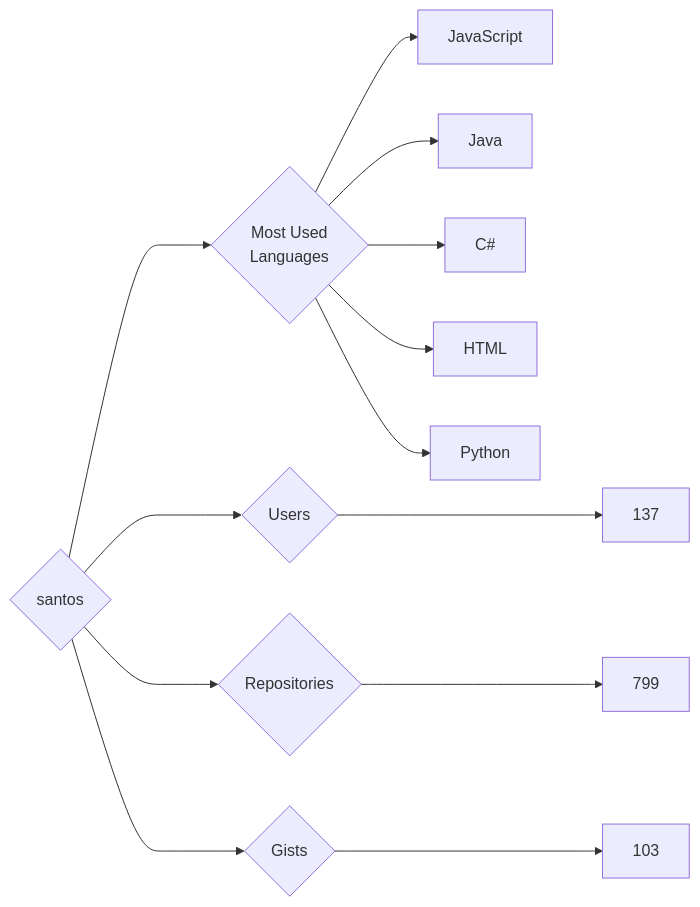
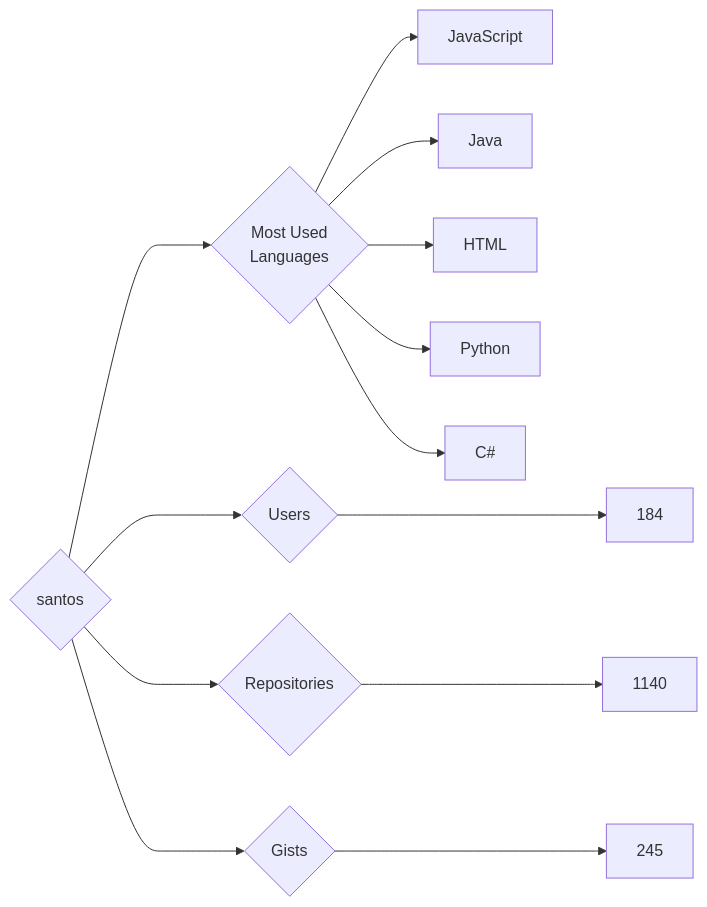
One commit to trickest/insiders changed the diagram in targets/santos/README.md. Above: the diagram before and after it, drawn with Mermaid. The commit also changed 874 other files, not shown here.

````diff
--- a/targets/santos/README.md
+++ b/targets/santos/README.md
@@ -3,13 +3,13 @@
 ```mermaid
 graph LR
 COMPANY_NAME{santos}
-COMPANY_NAME ---> U{Users} ---> UN[137]
-COMPANY_NAME ---> R{Repositories} ---> RN[799]
-COMPANY_NAME ---> G{Gists} ---> GN[103]
+COMPANY_NAME ---> U{Users} ---> UN[184]
+COMPANY_NAME ---> R{Repositories} ---> RN[1140]
+COMPANY_NAME ---> G{Gists} ---> GN[245]
 COMPANY_NAME ---> ML{Most Used<br>Languages}
 ML --> JavaScript[JavaScript]
 ML --> Java[Java]
-ML --> C#[C#]
 ML --> HTML[HTML]
 ML --> Python[Python]
+ML --> C#[C#]
 ```
````
